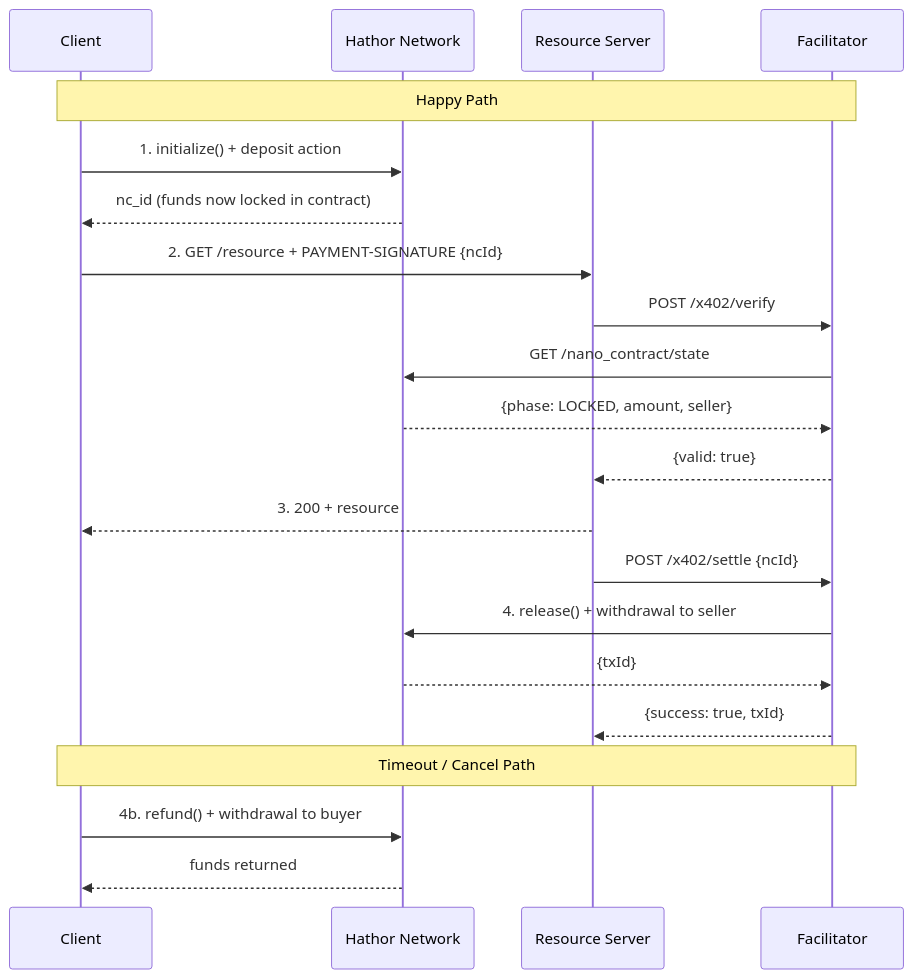
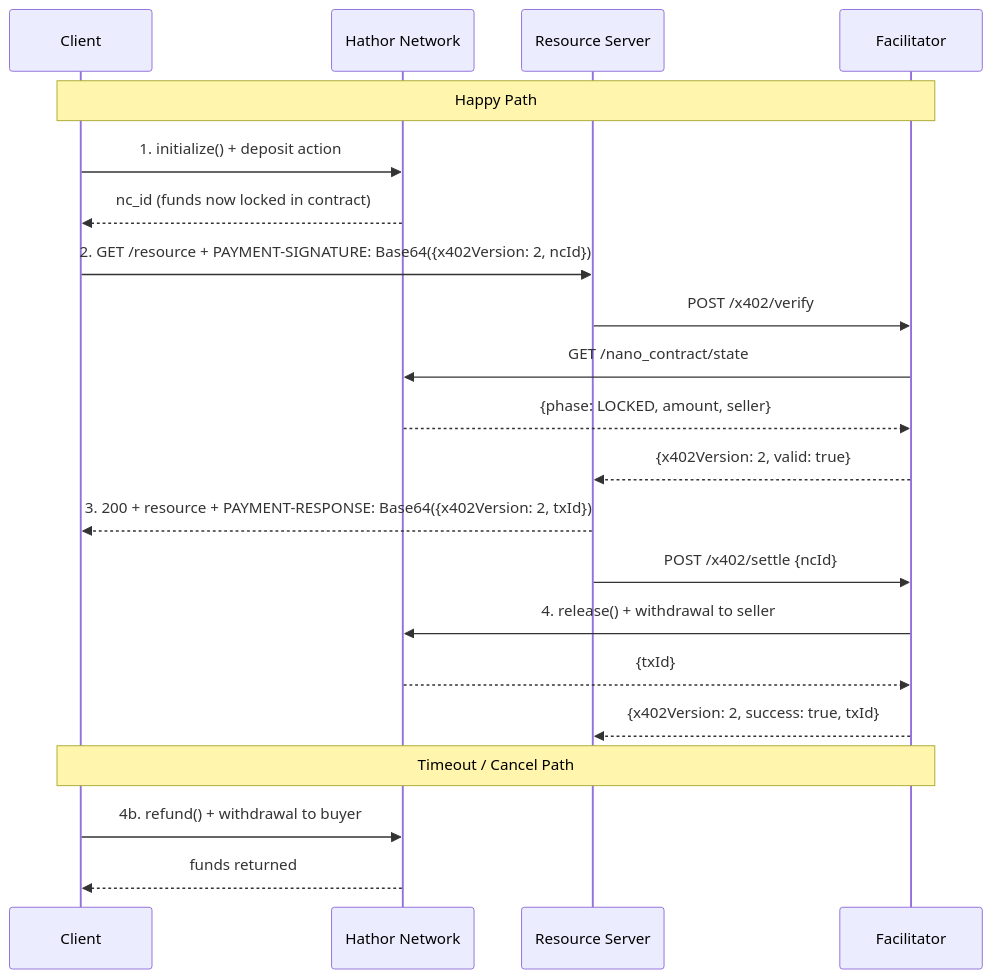
The second of 8 diagrams in projects/x402/0001-x402-support.md (HathorNetwork/rfcs), drawn with Mermaid before and after one commit. The commit also changed other lines of this file, not shown here.

````diff
--- a/projects/x402/0001-x402-support.md
+++ b/projects/x402/0001-x402-support.md
@@ -364,28 +364,28 @@
 ```mermaid
 sequenceDiagram
     participant Client
     participant Hathor as Hathor Network
     participant Server as Resource Server
     participant Facilitator
 
     Note over Client,Facilitator: Happy Path
     Client->>Hathor: 1. initialize() + deposit action
     Hathor-->>Client: nc_id (funds now locked in contract)
 
-    Client->>Server: 2. GET /resource + PAYMENT-SIGNATURE {ncId}
+    Client->>Server: 2. GET /resource + PAYMENT-SIGNATURE: Base64({x402Version: 2, ncId})
     Server->>Facilitator: POST /x402/verify
     Facilitator->>Hathor: GET /nano_contract/state
     Hathor-->>Facilitator: {phase: LOCKED, amount, seller}
-    Facilitator-->>Server: {valid: true}
+    Facilitator-->>Server: {x402Version: 2, valid: true}
 
-    Server-->>Client: 3. 200 + resource
+    Server-->>Client: 3. 200 + resource + PAYMENT-RESPONSE: Base64({x402Version: 2, txId})
 
     Server->>Facilitator: POST /x402/settle {ncId}
     Facilitator->>Hathor: 4. release() + withdrawal to seller
     Hathor-->>Facilitator: {txId}
-    Facilitator-->>Server: {success: true, txId}
+    Facilitator-->>Server: {x402Version: 2, success: true, txId}
 
     Note over Client,Facilitator: Timeout / Cancel Path
     Client->>Hathor: 4b. refund() + withdrawal to buyer
     Hathor-->>Client: funds returned
 ```
````
